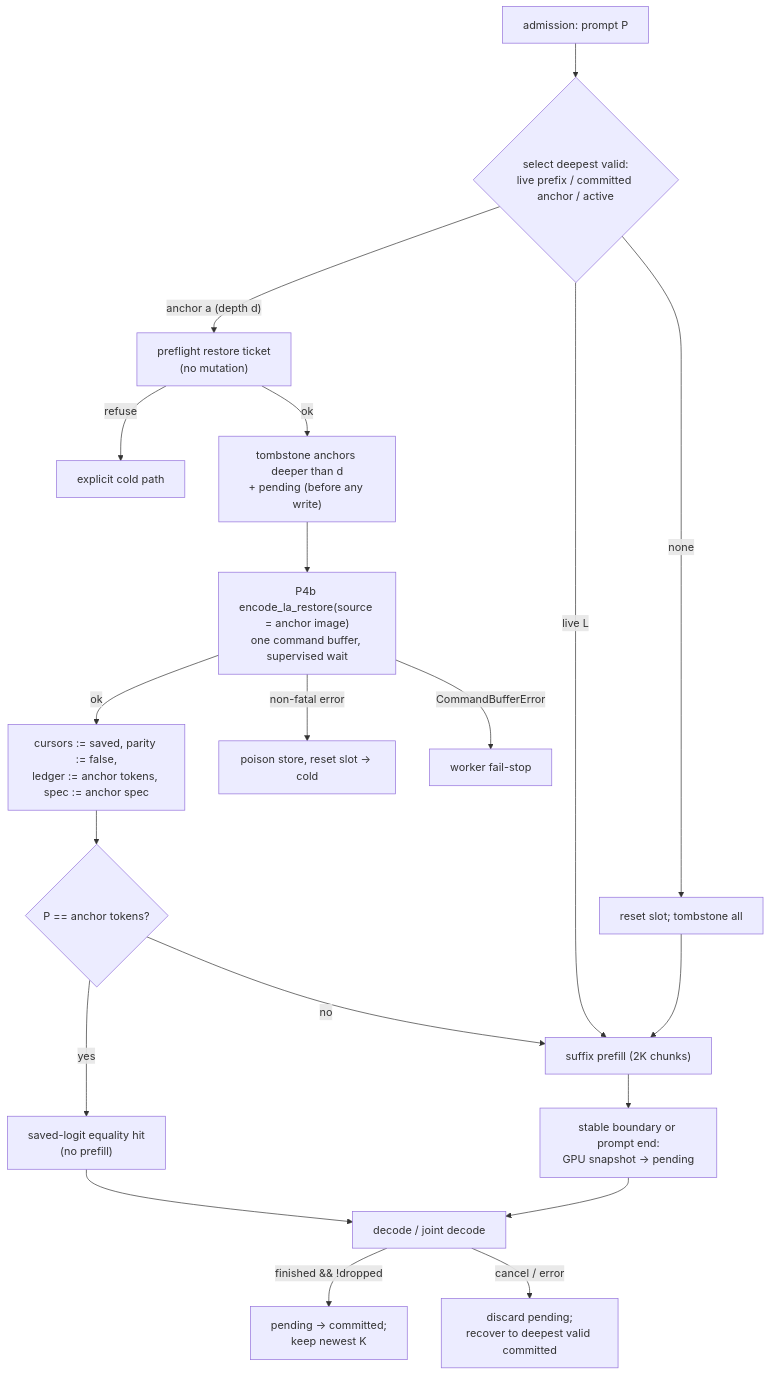
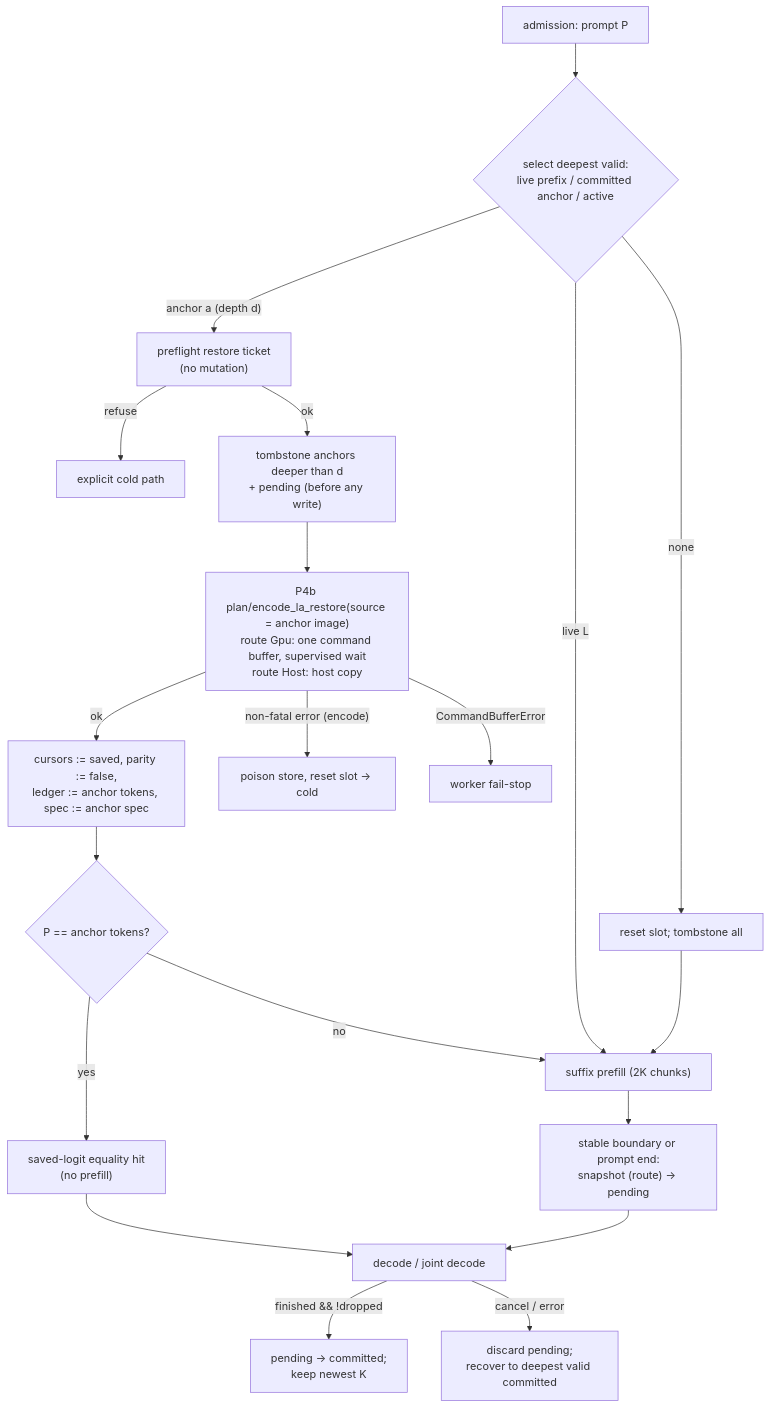
The diagram in docs/research/adr063-c2-design.md (robertelee78/hf2q), drawn with Mermaid before and after one commit. The commit also changed other lines of this file and 2 other files, not shown here.

````diff
--- a/docs/research/adr063-c2-design.md
+++ b/docs/research/adr063-c2-design.md
@@ -47,21 +47,21 @@
 ```mermaid
 flowchart TD
   A[admission: prompt P] --> S{"select deepest valid:<br/>live prefix / committed anchor / active"}
   S -- "anchor a (depth d)" --> PF["preflight restore ticket<br/>(no mutation)"]
   PF -- refuse --> COLD[explicit cold path]
   PF -- ok --> TB["tombstone anchors deeper than d<br/>+ pending (before any write)"]
-  TB --> GR["P4b encode_la_restore(source = anchor image)<br/>one command buffer, supervised wait"]
+  TB --> GR["P4b plan/encode_la_restore(source = anchor image)<br/>route Gpu: one command buffer, supervised wait<br/>route Host: host copy"]
   GR -- ok --> CUR["cursors := saved, parity := false,<br/>ledger := anchor tokens, spec := anchor spec"]
-  GR -- "non-fatal error" --> POI["poison store, reset slot → cold"]
+  GR -- "non-fatal error (encode)" --> POI["poison store, reset slot → cold"]
   GR -- "CommandBufferError" --> FAT[worker fail-stop]
   S -- "live L" --> PRE
   S -- none --> RST["reset slot; tombstone all"] --> PRE
   CUR --> EQ{"P == anchor tokens?"}
   EQ -- yes --> LOG["saved-logit equality hit<br/>(no prefill)"]
   EQ -- no --> PRE["suffix prefill (2K chunks)"]
-  PRE --> CAP["stable boundary or prompt end:<br/>GPU snapshot → pending"]
+  PRE --> CAP["stable boundary or prompt end:<br/>snapshot (route) → pending"]
   LOG --> DEC
   CAP --> DEC[decode / joint decode]
   DEC -- "finished && !dropped" --> COM["pending → committed;<br/>keep newest K"]
   DEC -- "cancel / error" --> DIS["discard pending;<br/>recover to deepest valid committed"]
 ```
````
